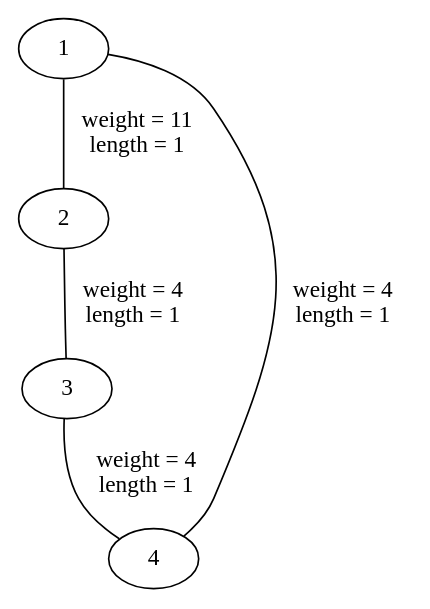
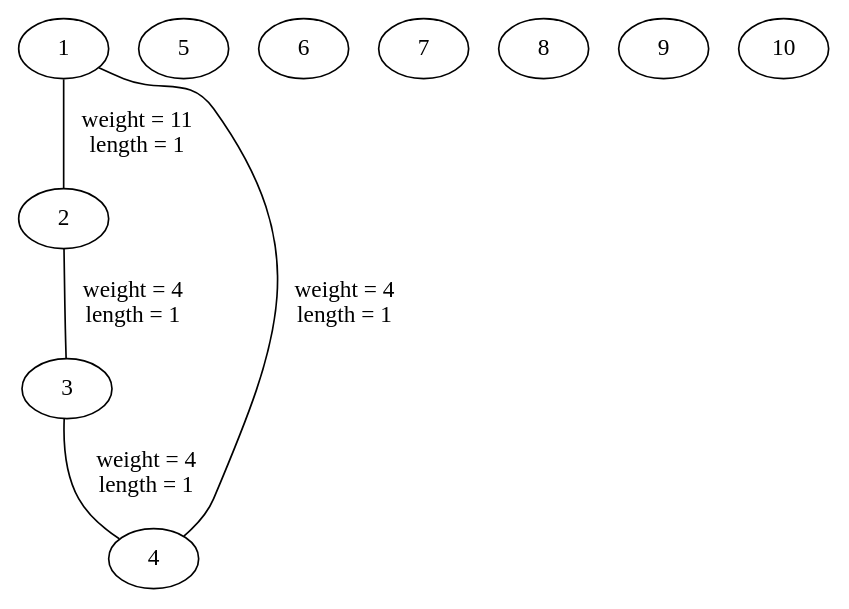
One commit to adam-elbernoussi/ENSAE-S2-IT-project changed the diagram in graph_viz_output/Graph.gv. Above: the diagram before and after it, drawn with Graphviz. The commit also changed 2 other files, not shown here.

```diff
--- a/graph_viz_output/Graph.gv
+++ b/graph_viz_output/Graph.gv
@@ -1,12 +1,22 @@
 // Graph visualisation
 graph "Graph" {
 	graph [concentrate=True]
+	1
+	2
+	3
+	4
+	5
+	6
+	7
+	8
+	9
+	10
 	1 -- 2 [label="weight = 11
  length = 1" weight=11]
 	1 -- 4 [label="weight = 4
  length = 1" weight=4]
 	2 -- 3 [label="weight = 4
  length = 1" weight=4]
 	3 -- 4 [label="weight = 4
  length = 1" weight=4]
 }
```
